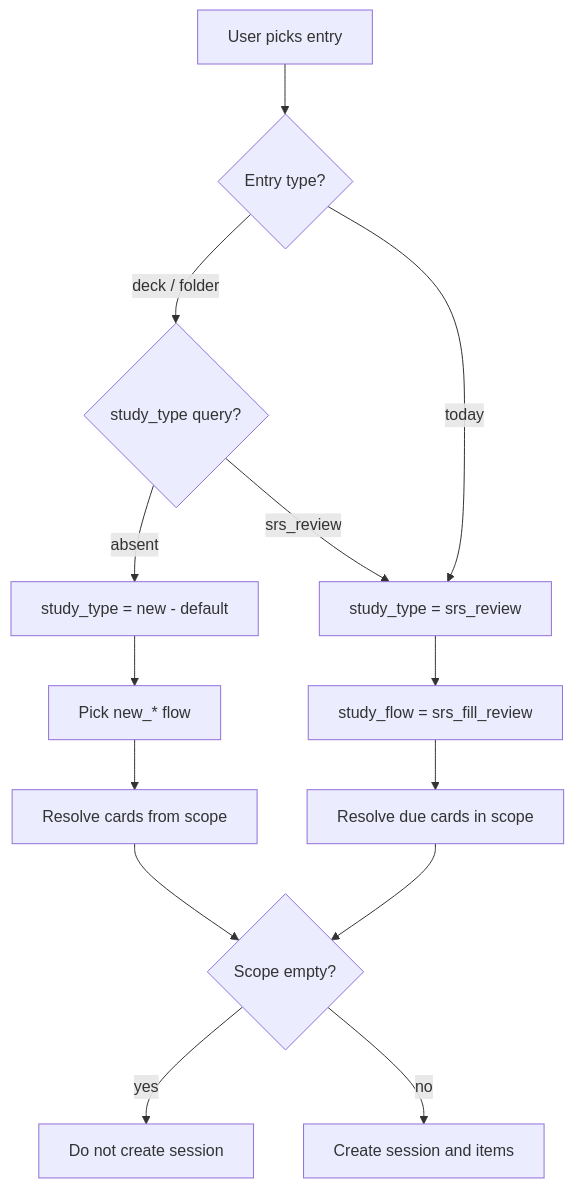
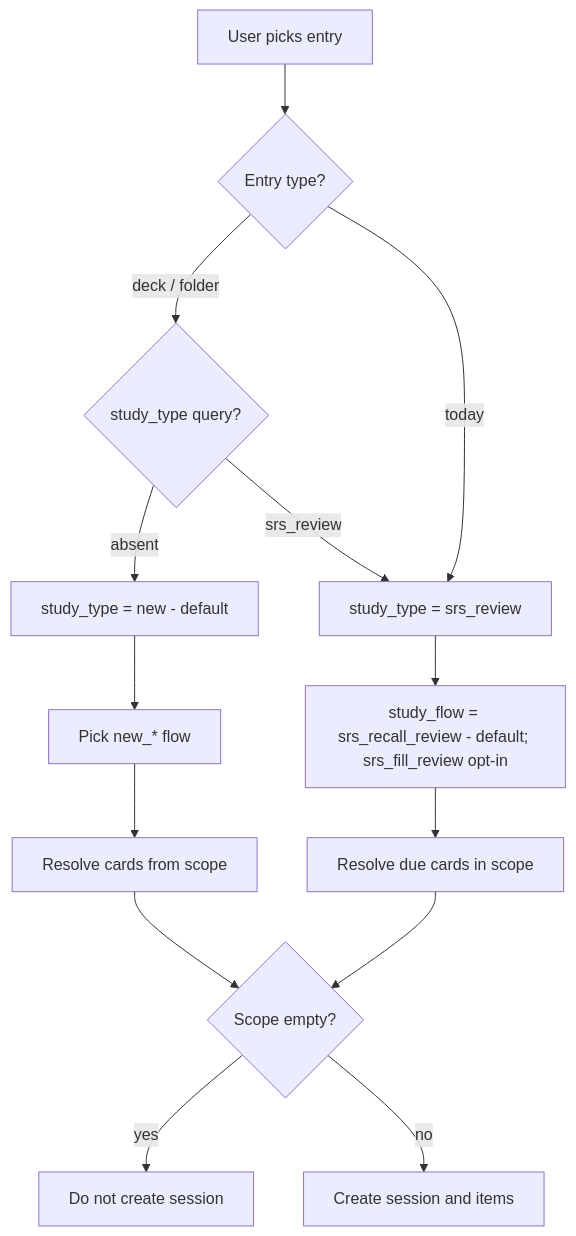
The first of 2 diagrams in docs/business/study/study-flow.md (ntgptit/memox-v3), drawn with Mermaid before and after one commit. The commit also changed other lines of this file and 12 other files, not shown here.

````diff
--- a/docs/business/study/study-flow.md
+++ b/docs/business/study/study-flow.md
@@ -73,16 +80,16 @@
 ```mermaid
 flowchart TD
     Entry[User picks entry] --> Type{Entry type?}
     Type -->|deck / folder| DefaultNew{study_type query?}
     Type -->|today| SrsType[study_type = srs_review]
     DefaultNew -->|absent| NewType[study_type = new - default]
     DefaultNew -->|srs_review| SrsType
     NewType --> NewFlow[Pick new_* flow]
-    SrsType --> SrsFlow[study_flow = srs_fill_review]
+    SrsType --> SrsFlow[study_flow = srs_recall_review - default; srs_fill_review opt-in]
     NewFlow --> Resolve[Resolve cards from scope]
     SrsFlow --> ResolveDue[Resolve due cards in scope]
     Resolve --> Empty{Scope empty?}
     ResolveDue --> Empty
     Empty -->|yes| Reject[Do not create session]
     Empty -->|no| Create[Create session and items]
 ```
````
